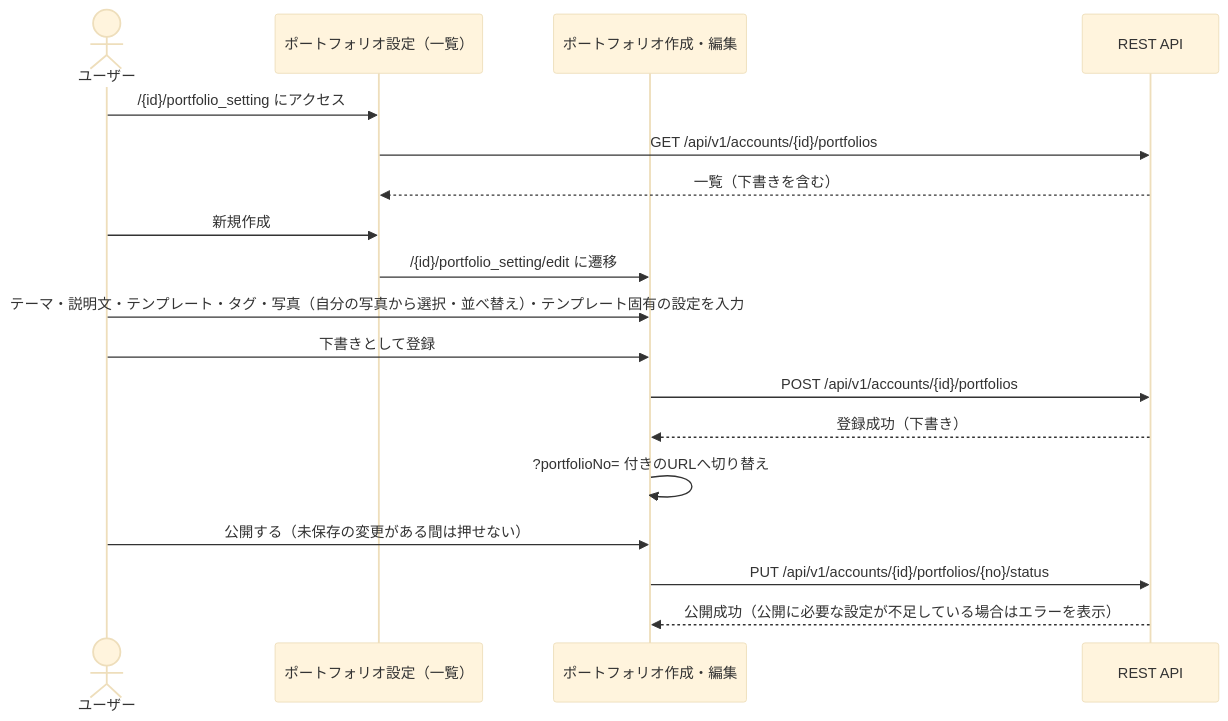
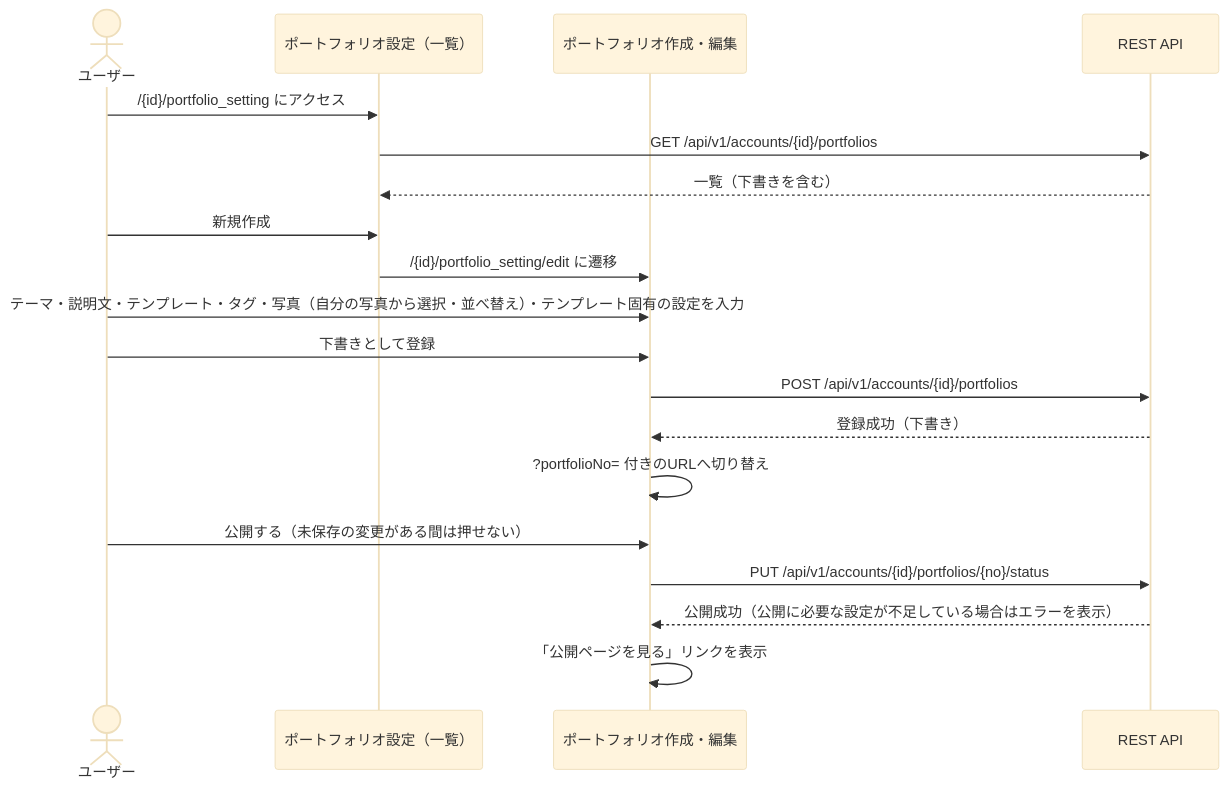
The fifth of 11 diagrams in doc/view/screen-transition.md (KentoKodama214/WebGallery), drawn with Mermaid (base theme) before and after one commit. The commit also changed other lines of this file and 26 other files, not shown here.

````diff
--- a/doc/view/screen-transition.md
+++ b/doc/view/screen-transition.md
@@ -209,21 +222,22 @@
 ```mermaid
 sequenceDiagram
     actor User as ユーザー
     participant List as ポートフォリオ設定（一覧）
     participant Edit as ポートフォリオ作成・編集
     participant API as REST API
 
     User->>List: /{id}/portfolio_setting にアクセス
     List->>API: GET /api/v1/accounts/{id}/portfolios
     API-->>List: 一覧（下書きを含む）
     User->>List: 新規作成
     List->>Edit: /{id}/portfolio_setting/edit に遷移
     User->>Edit: テーマ・説明文・テンプレート・タグ・写真（自分の写真から選択・並べ替え）・テンプレート固有の設定を入力
     User->>Edit: 下書きとして登録
     Edit->>API: POST /api/v1/accounts/{id}/portfolios
     API-->>Edit: 登録成功（下書き）
     Edit->>Edit: ?portfolioNo= 付きのURLへ切り替え
     User->>Edit: 公開する（未保存の変更がある間は押せない）
     Edit->>API: PUT /api/v1/accounts/{id}/portfolios/{no}/status
     API-->>Edit: 公開成功（公開に必要な設定が不足している場合はエラーを表示）
+    Edit->>Edit: 「公開ページを見る」リンクを表示
 ```
````
